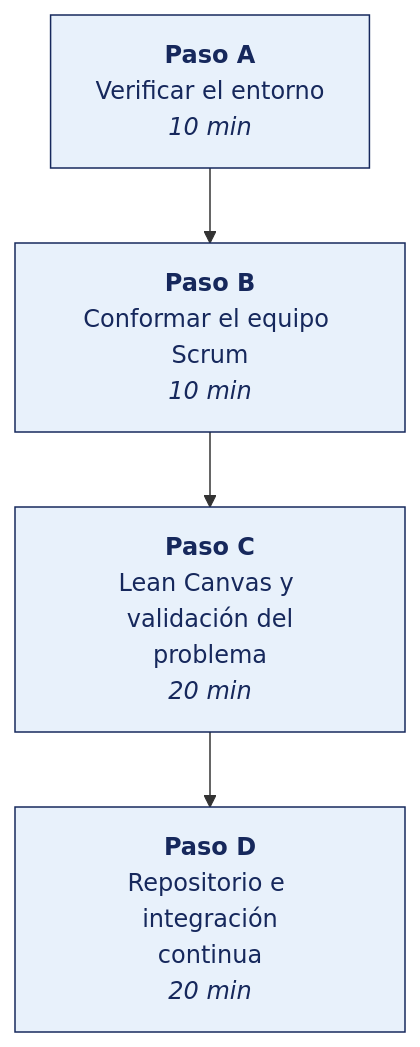
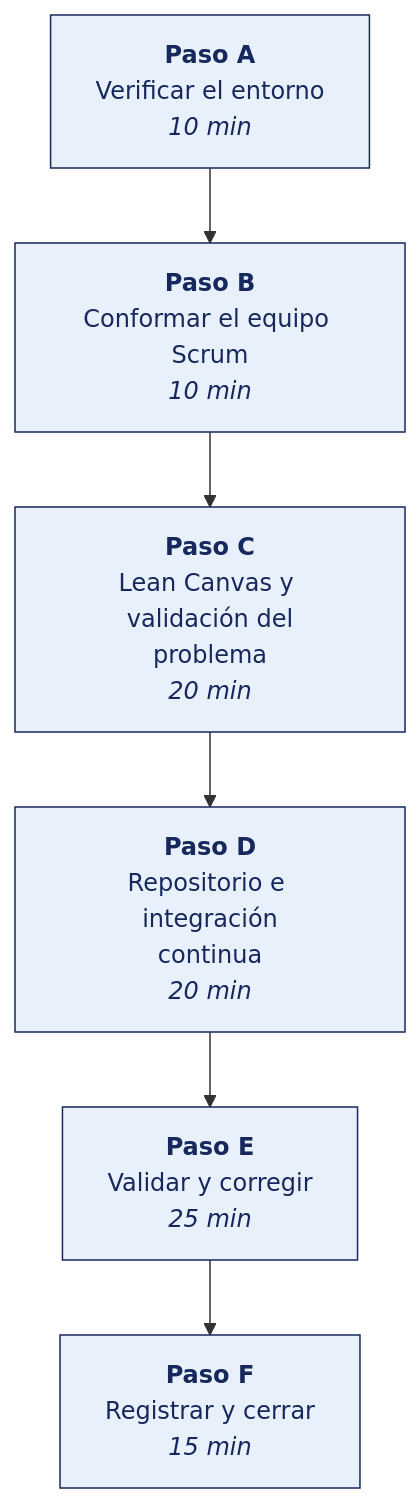
The diagram in SEMANA-01/3-TALLER.md (OscarJimenezFlores/MOVILES_II), drawn with Mermaid before and after one commit. The commit also changed other lines of this file and 43 other files, not shown here.

````diff
--- a/SEMANA-01/3-TALLER.md
+++ b/SEMANA-01/3-TALLER.md
@@ -13,10 +13,12 @@
 ```mermaid
 flowchart TD
     PA["<b>Paso A</b><br/>Verificar el entorno<br/><i>10 min</i>"]
     PB["<b>Paso B</b><br/>Conformar el equipo Scrum<br/><i>10 min</i>"]
     PC["<b>Paso C</b><br/>Lean Canvas y validación del<br/>problema<br/><i>20 min</i>"]
     PD["<b>Paso D</b><br/>Repositorio e integración<br/>continua<br/><i>20 min</i>"]
-    PA --> PB --> PC --> PD
+    PE["<b>Paso E</b><br/>Validar y corregir<br/><i>25 min</i>"]
+    PF["<b>Paso F</b><br/>Registrar y cerrar<br/><i>15 min</i>"]
+    PA --> PB --> PC --> PD --> PE --> PF
     classDef paso fill:#E8F1FB,stroke:#16285C,stroke-width:1px,color:#16285C;
-    class PA,PB,PC,PD paso;
+    class PA,PB,PC,PD,PE,PF paso;
 ```
````
